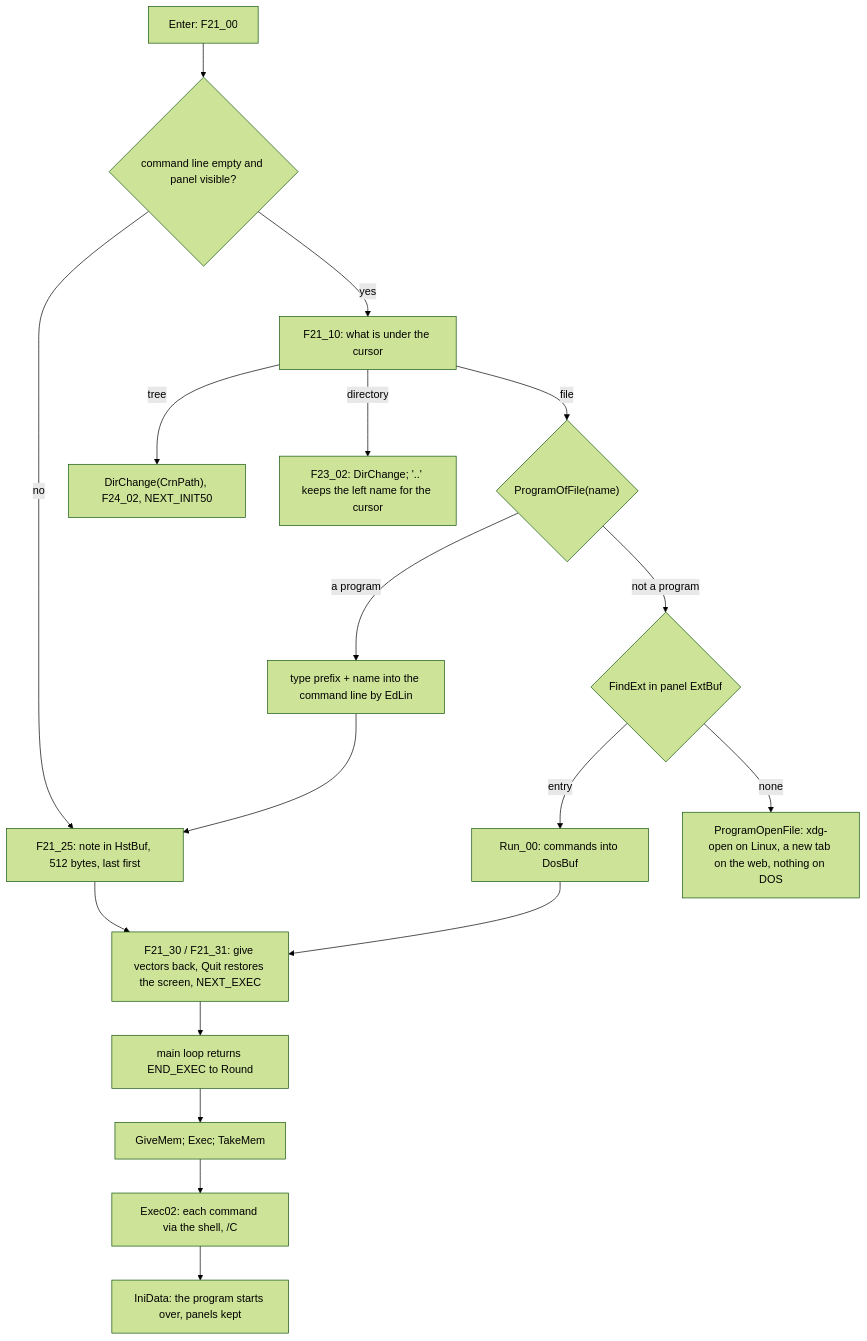
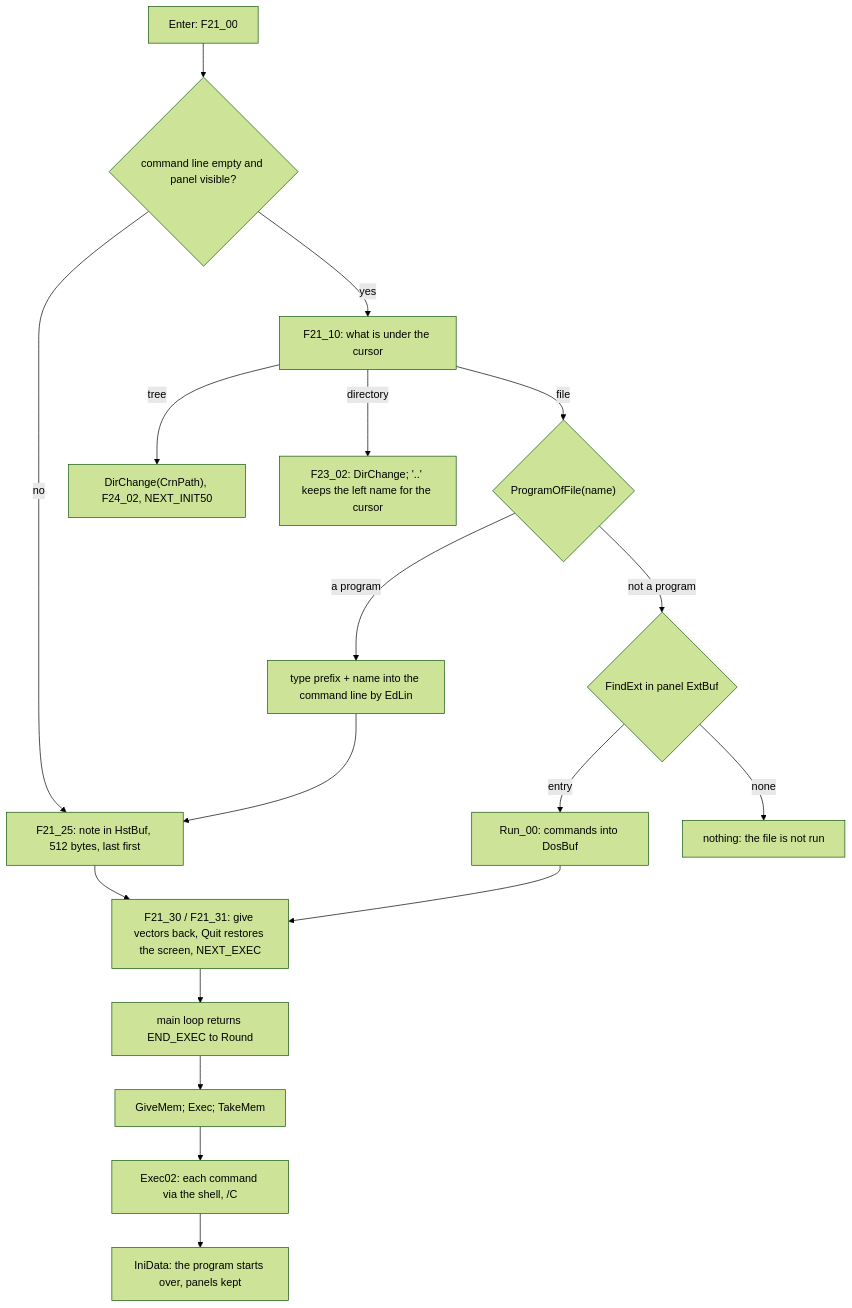
The sixth of 6 diagrams in docs/design/02-the-features.md (mmotorny/vibe_commander), drawn with Mermaid (forest theme) before and after one commit. The commit also changed other lines of this file and 13 other files, not shown here.

````diff
--- a/docs/design/02-the-features.md
+++ b/docs/design/02-the-features.md
@@ -989,20 +960,20 @@
 ```mermaid
 flowchart TD
     E["Enter: F21_00"] --> CL{"command line empty and panel visible?"}
     CL -- "no" --> H["F21_25: note in HstBuf, 512 bytes, last first"]
     CL -- "yes" --> F["F21_10: what is under the cursor"]
     F -- "tree" --> TDIR["DirChange(CrnPath), F24_02, NEXT_INIT50"]
     F -- "directory" --> GD["F23_02: DirChange; '..' keeps the left name for the cursor"]
     F -- "file" --> PF{"ProgramOfFile(name)"}
     PF -- "a program" --> TY["type prefix + name into the command line by EdLin"]
     TY --> H
     PF -- "not a program" --> EXT{"FindExt in panel ExtBuf"}
     EXT -- "entry" --> RUN["Run_00: commands into DosBuf"]
     RUN --> X
-    EXT -- "none" --> OPEN["ProgramOpenFile: xdg-open on Linux, a new tab on the web, nothing on DOS"]
+    EXT -- "none" --> OPEN["nothing: the file is not run"]
     H --> X["F21_30 / F21_31: give vectors back, Quit restores the screen, NEXT_EXEC"]
     X --> L["main loop returns END_EXEC to Round"]
     L --> G["GiveMem; Exec; TakeMem"]
     G --> R["Exec02: each command via the shell, /C"]
     R --> I["IniData: the program starts over, panels kept"]
 ```
````
